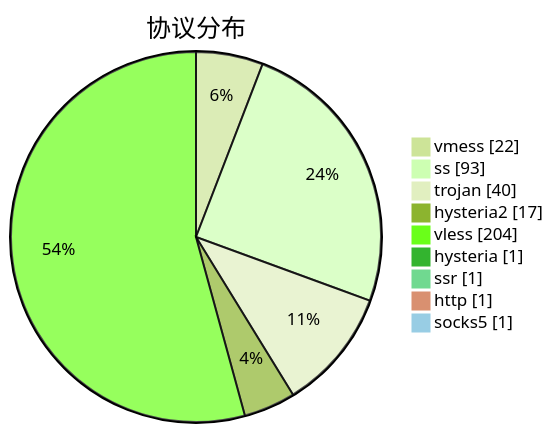
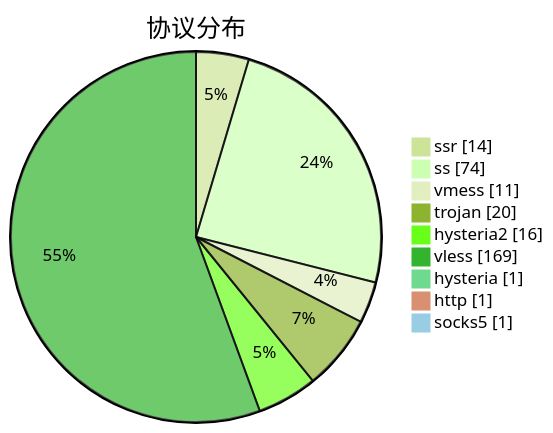
One commit to sinspired/airport changed the third of 3 diagrams in subs/statistics/tested_within.md. Above: the diagram before and after it, drawn with Mermaid (forest theme). The commit also changed other lines of this file and 2 other files, not shown here.

````diff
--- a/subs/statistics/tested_within.md
+++ b/subs/statistics/tested_within.md
@@ -47,13 +39,13 @@
 ```mermaid
 pie showData
 title 协议分布
-"vmess" : 22
-"ss" : 93
-"trojan" : 40
-"hysteria2" : 17
-"vless" : 204
+"ssr" : 14
+"ss" : 74
+"vmess" : 11
+"trojan" : 20
+"hysteria2" : 16
+"vless" : 169
 "hysteria" : 1
-"ssr" : 1
 "http" : 1
 "socks5" : 1
 ```
````
